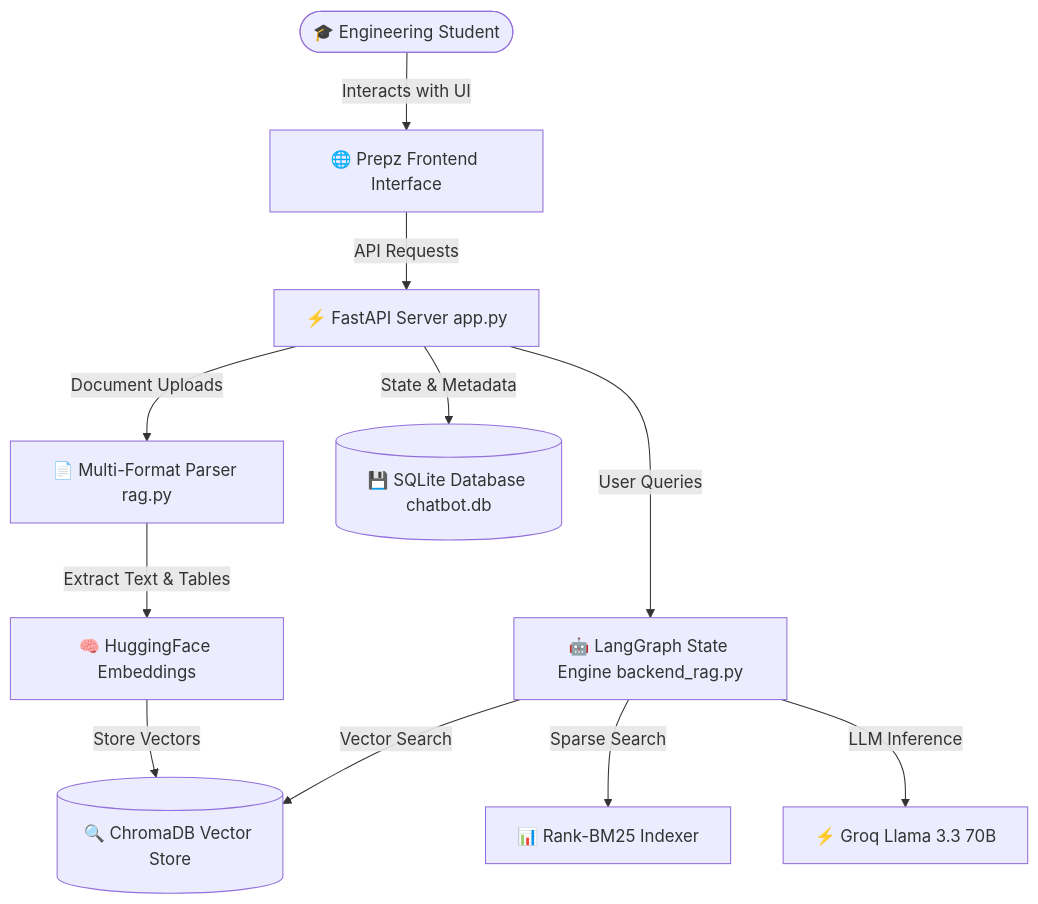
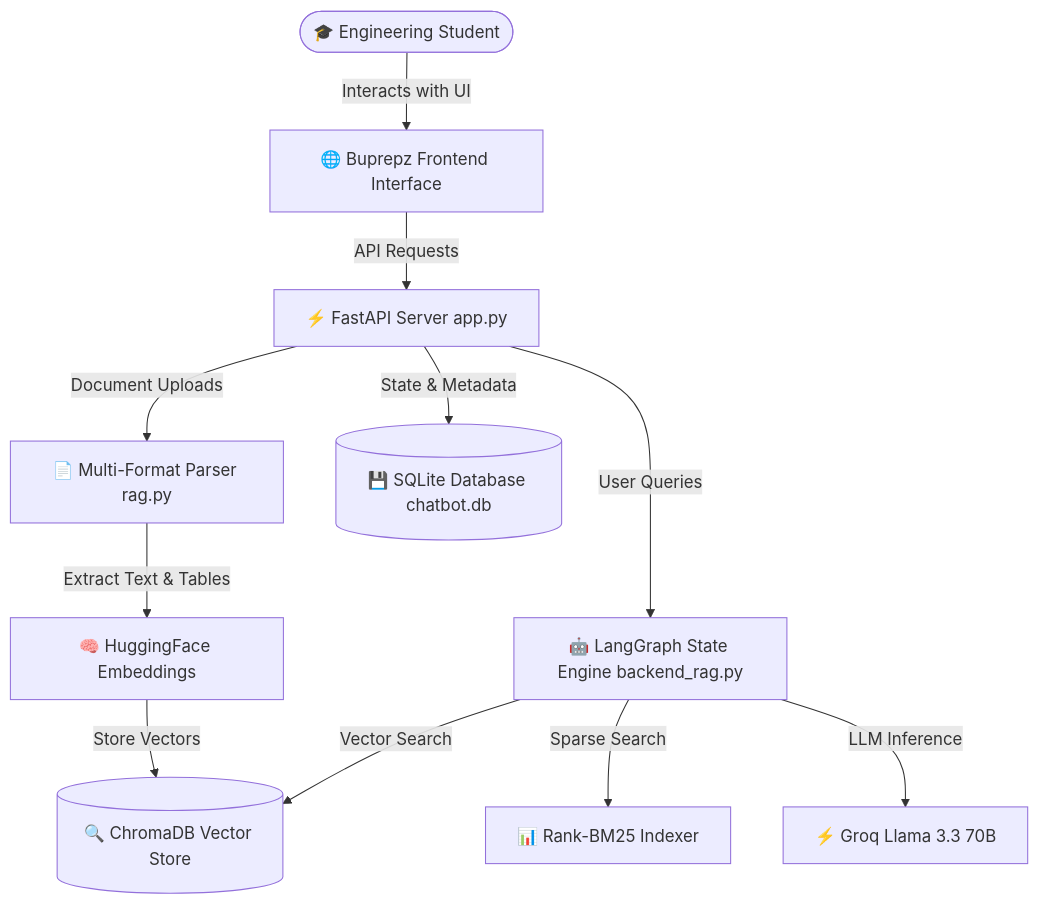
Before and after one commit to om0710/prepz-workspace-: the diagram in README.md, drawn with Mermaid. The commit also changed other lines of this file and 3 other files, not shown here.

Commit message:
FEAT: Rename application brand from Prepz to Buprepz across full application

````diff
--- a/README.md
+++ b/README.md
@@ -65,16 +65,16 @@
 ```mermaid
 graph TD
-    User([🎓 Engineering Student]) -->|Interacts with UI| Frontend[🌐 Prepz Frontend Interface]
+    User([🎓 Engineering Student]) -->|Interacts with UI| Frontend[🌐 Buprepz Frontend Interface]
     Frontend -->|API Requests| FastAPI[⚡ FastAPI Server app.py]
     
     FastAPI -->|Document Uploads| RAG[📄 Multi-Format Parser rag.py]
     RAG -->|Extract Text & Tables| Embeddings[🧠 HuggingFace Embeddings]
     Embeddings -->|Store Vectors| VectorDB[(🔍 ChromaDB Vector Store)]
     
     FastAPI -->|User Queries| LangGraph[🤖 LangGraph State Engine backend_rag.py]
     LangGraph -->|Vector Search| VectorDB
     LangGraph -->|Sparse Search| BM25[📊 Rank-BM25 Indexer]
     LangGraph -->|LLM Inference| Groq[⚡ Groq Llama 3.3 70B]
     
     FastAPI -->|State & Metadata| SQLite[(💾 SQLite Database chatbot.db)]
 ```
````
